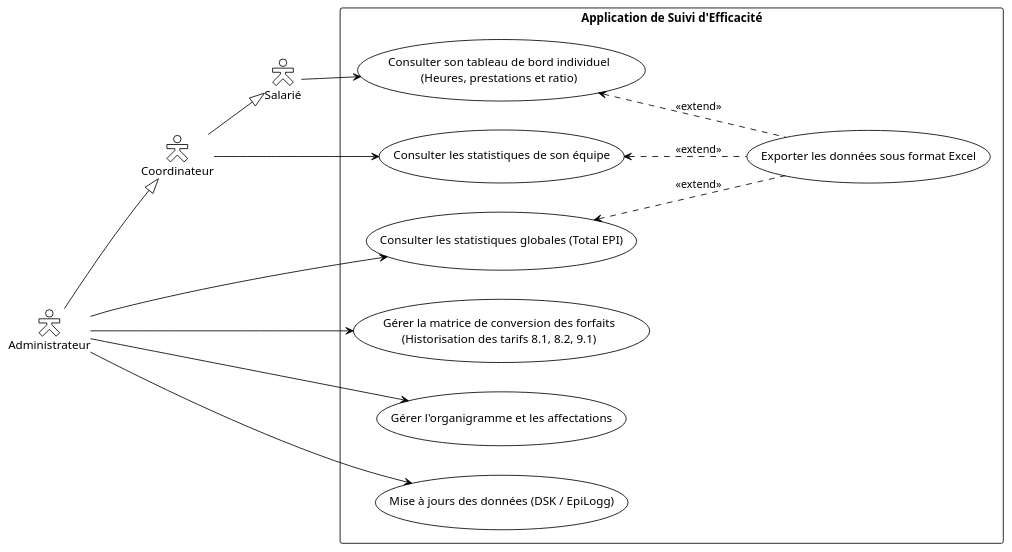
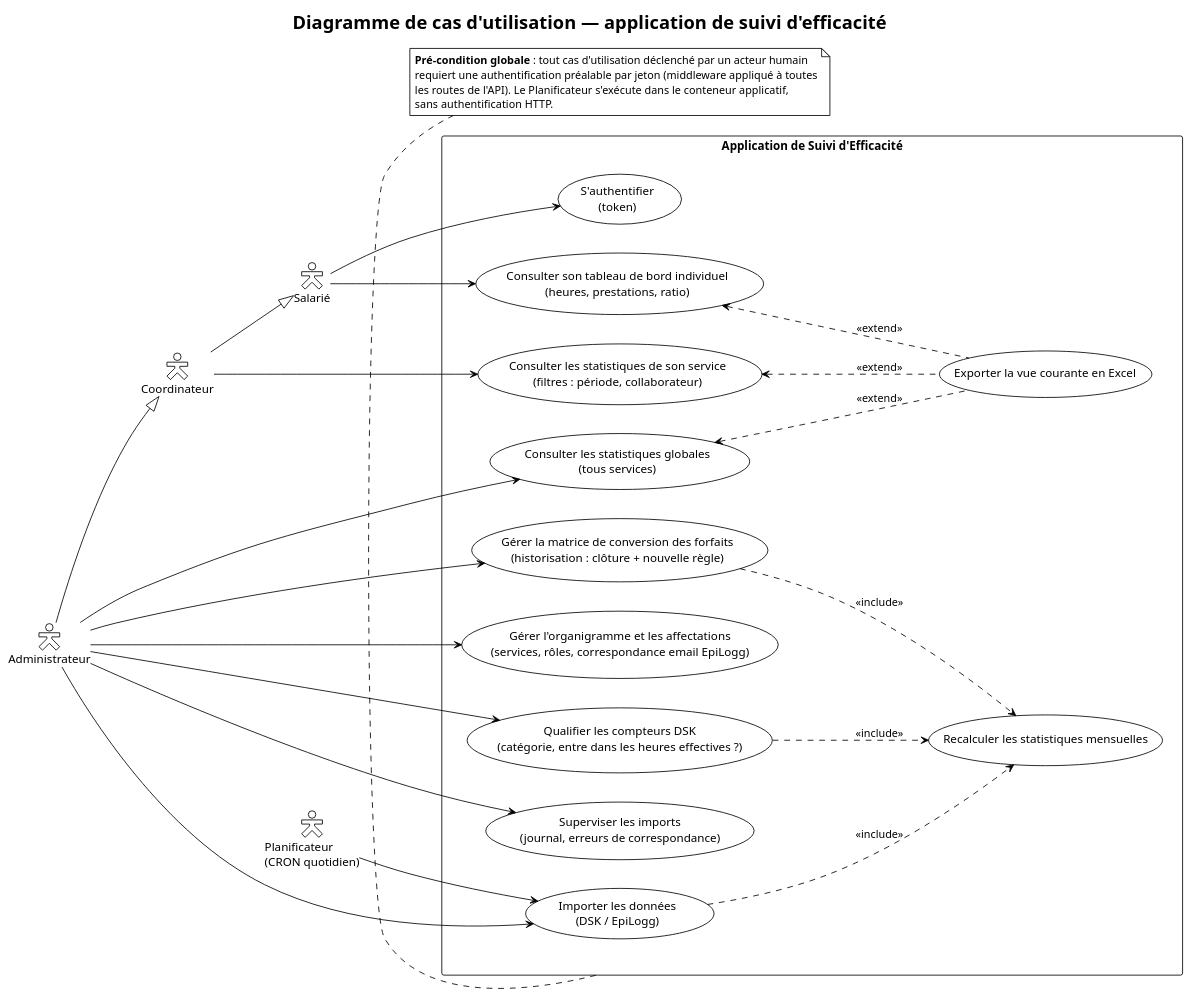
The diagram in diagramme_de_cas_d'utilisation.md (midjix/plantuml), drawn with PlantUML before and after one commit. The commit also changed 12 other files, not shown here.

First line of the commit message:
docs(uml): align diagrams with validated business rules and source access

````diff
--- a/diagramme_de_cas_d'utilisation.md
+++ b/diagramme_de_cas_d'utilisation.md
@@ -1,46 +1,74 @@
 ```plantuml
 @startuml
 !theme plain
 left to right direction
 skinparam packageStyle rectangle
 skinparam actorStyle hollow
 
-' --- Acteurs ---
+title Diagramme de cas d'utilisation — application de suivi d'efficacité
+
+' --- Acteurs humains ---
 actor "Salarié" as sal
 actor "Coordinateur" as coord
 actor "Administrateur" as admin
+
+' --- Acteur technique ---
+actor "Planificateur\n(CRON quotidien)" as cron
 
 ' --- Héritage des rôles ---
 coord --|> sal
 admin --|> coord
 
 ' --- Système ---
-rectangle "Application de Suivi d'Efficacité" {
-    
-    ' Cas d'utilisation - Consultation
-    usecase "Consulter son tableau de bord individuel\n(Heures, prestations et ratio)" as UC_dashboard
-    usecase "Consulter les statistiques de son équipe" as UC_team_stats
-    usecase "Consulter les statistiques globales (Total EPI)" as UC_global_stats
-    
-    ' Cas d'utilisation - Actions & Paramétrage
-    usecase "Exporter les données sous format Excel" as UC_export
-    usecase "Gérer la matrice de conversion des forfaits\n(Historisation des tarifs 8.1, 8.2, 9.1)" as UC_matrix
-    usecase "Gérer l'organigramme et les affectations" as UC_organigramme
-    usecase "Mise à jours des données (DSK / EpiLogg)" as UC_import
-    
-    ' Relations d'extension pour l'export Excel
+rectangle "Application de Suivi d'Efficacité" as app {
+
+    ' Authentification (commune à tous)
+    usecase "S'authentifier\n(token)" as UC_login
+
+    ' Consultation
+    usecase "Consulter son tableau de bord individuel\n(heures, prestations, ratio)" as UC_dashboard
+    usecase "Consulter les statistiques de son service\n(filtres : période, collaborateur)" as UC_team_stats
+    usecase "Consulter les statistiques globales\n(tous services)" as UC_global_stats
+    usecase "Exporter la vue courante en Excel" as UC_export
+
+    ' Paramétrage (Administrateur)
+    usecase "Gérer la matrice de conversion des forfaits\n(historisation : clôture + nouvelle règle)" as UC_matrix
+    usecase "Gérer l'organigramme et les affectations\n(services, rôles, correspondance email EpiLogg)" as UC_organigramme
+    usecase "Qualifier les compteurs DSK\n(catégorie, entre dans les heures effectives ?)" as UC_comptes
+
+    ' Import et supervision
+    usecase "Importer les données\n(DSK / EpiLogg)" as UC_import
+    usecase "Recalculer les statistiques mensuelles" as UC_recalc
+    usecase "Superviser les imports\n(journal, erreurs de correspondance)" as UC_supervision
+
+    ' Relations
     UC_dashboard <.. UC_export : <<extend>>
     UC_team_stats <.. UC_export : <<extend>>
     UC_global_stats <.. UC_export : <<extend>>
+
+    UC_import ..> UC_recalc : <<include>>
+    UC_matrix ..> UC_recalc : <<include>>
+    UC_comptes ..> UC_recalc : <<include>>
 }
 
-' --- Liaisons Acteurs -> Cas d'utilisation ---
+note bottom of app
+  **Pré-condition globale** : tout cas d'utilisation déclenché par un acteur humain
+  requiert une authentification préalable par jeton (middleware appliqué à toutes
+  les routes de l'API). Le Planificateur s'exécute dans le conteneur applicatif,
+  sans authentification HTTP.
+end note
+
+' --- Liaisons acteurs -> cas d'utilisation ---
+sal --> UC_login
 sal --> UC_dashboard
 coord --> UC_team_stats
 admin --> UC_global_stats
 admin --> UC_matrix
 admin --> UC_organigramme
+admin --> UC_comptes
 admin --> UC_import
+admin --> UC_supervision
+cron --> UC_import
 
 @enduml
 ```
````
